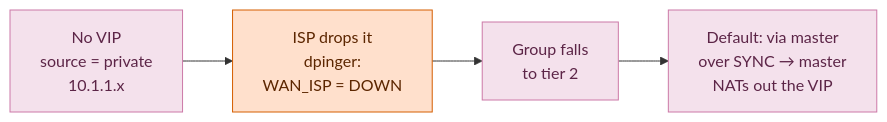
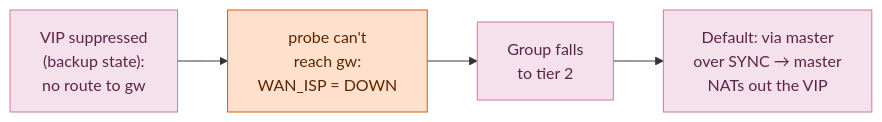
The fourth of 5 diagrams in net/os-carp-vip-dhcp/docs/single-ip-wan-carp.md (toreamun/opnsense-plugins), drawn with Mermaid before and after one commit. The commit also changed other lines of this file and 1 other file, not shown here.

First line of the commit message:
docs(os-carp-vip-dhcp): validate single-IP writeup against lab + real WAN

````diff
--- a/net/os-carp-vip-dhcp/docs/single-ip-wan-carp.md
+++ b/net/os-carp-vip-dhcp/docs/single-ip-wan-carp.md
@@ -198,9 +230,9 @@
 ```mermaid
 flowchart LR
-    B1["No VIP<br/>source = private<br/>10.1.1.x"] --> B2["ISP drops it<br/>dpinger:<br/>WAN_ISP = DOWN"] --> B3["Group falls<br/>to tier 2"] --> B4["Default: via master<br/>over SYNC → master<br/>NATs out the VIP"]
+    B1["VIP suppressed<br/>(backup state):<br/>no route to gw"] --> B2["probe can't<br/>reach gw:<br/>WAN_ISP = DOWN"] --> B3["Group falls<br/>to tier 2"] --> B4["Default: via master<br/>over SYNC → master<br/>NATs out the VIP"]
 
     classDef backup fill:#f4e1ec,stroke:#cc79a7,color:#5c2547
     classDef warn fill:#ffe0cc,stroke:#d55e00,color:#5c2600
     class B1,B3,B4 backup
     class B2 warn
 ```
````
